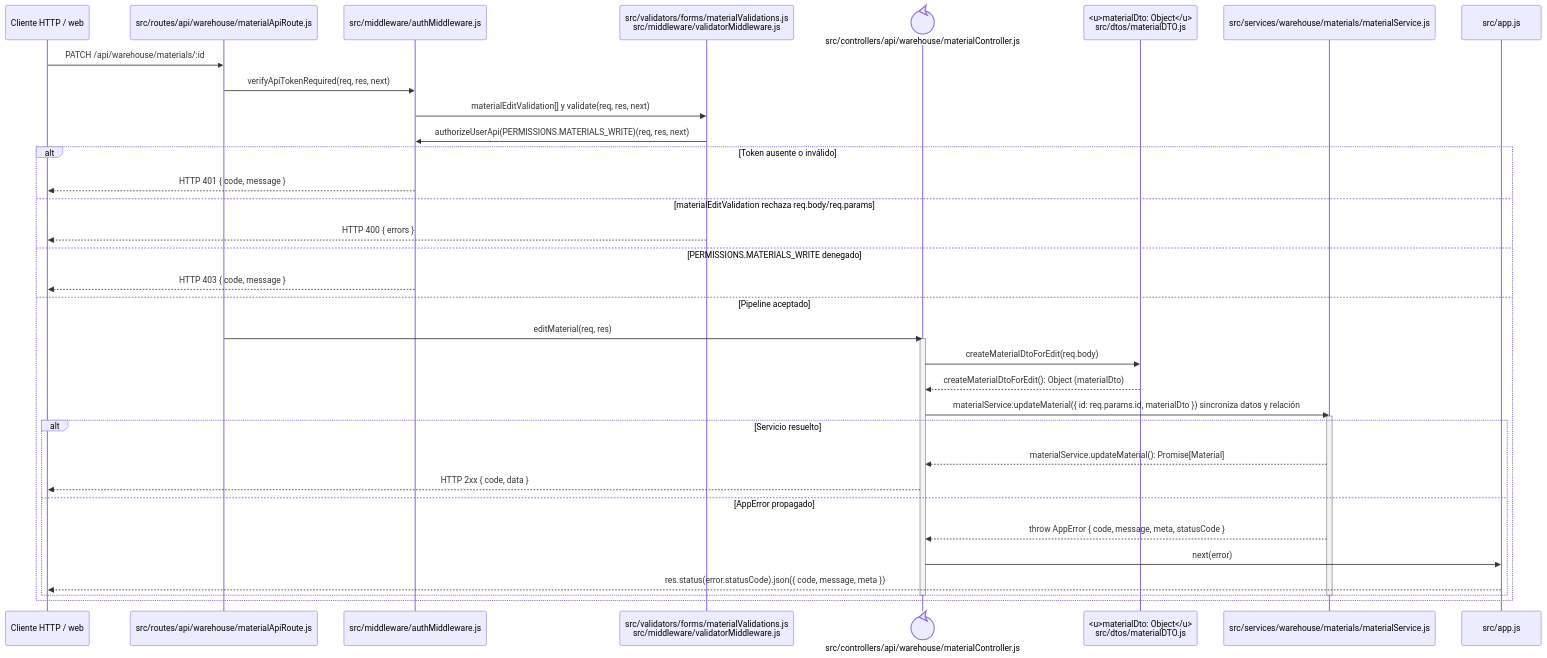
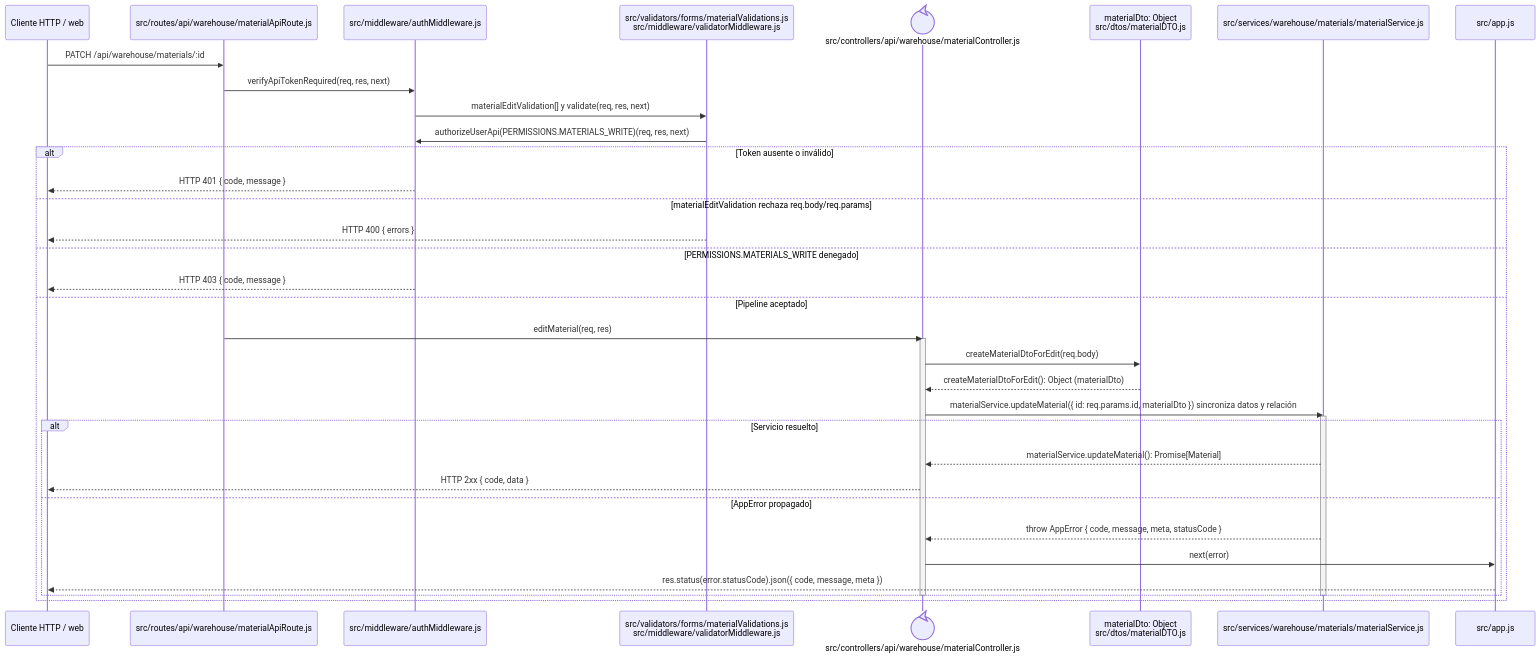
The diagram in docs/architecture/backend-code-sequences/catalogs/cu-alm-03.md (gpgsistemas01/nexus), drawn with Mermaid before and after one commit. The commit also changed 38 other files, not shown here.

````diff
--- a/docs/architecture/backend-code-sequences/catalogs/cu-alm-03.md
+++ b/docs/architecture/backend-code-sequences/catalogs/cu-alm-03.md
@@ -6,40 +6,40 @@
 ```mermaid
 sequenceDiagram
     participant Client as Cliente HTTP / web
     participant Route as src/routes/api/warehouse/materialApiRoute.js
     participant Auth as src/middleware/authMiddleware.js
     participant Validator as src/validators/forms/materialValidations.js<br/>src/middleware/validatorMiddleware.js
     participant Controller@{ "type": "control" } as src/controllers/api/warehouse/materialController.js
-    participant MaterialDto as <u>materialDto: Object</u><br/>src/dtos/materialDTO.js
+    participant MaterialDto as materialDto: Object<br/>src/dtos/materialDTO.js
     participant Domain as src/services/warehouse/materials/materialService.js
     participant ErrorHandler as src/app.js
 
     Client->>Route: PATCH /api/warehouse/materials/:id
     Route->>Auth: verifyApiTokenRequired(req, res, next)
     Auth->>Validator: materialEditValidation[] y validate(req, res, next)
     Validator->>Auth: authorizeUserApi(PERMISSIONS.MATERIALS_WRITE)(req, res, next)
     alt Token ausente o inválido
         Auth-->>Client: HTTP 401 { code, message }
     else materialEditValidation rechaza req.body/req.params
         Validator-->>Client: HTTP 400 { errors }
     else PERMISSIONS.MATERIALS_WRITE denegado
         Auth-->>Client: HTTP 403 { code, message }
     else Pipeline aceptado
         Route->>Controller: editMaterial(req, res)
         activate Controller
         Controller->>MaterialDto: createMaterialDtoForEdit(req.body)
         MaterialDto-->>Controller: createMaterialDtoForEdit(): Object (materialDto)
         Controller->>Domain: materialService.updateMaterial({ id: req.params.id, materialDto }) sincroniza datos y relación
         activate Domain
         alt Servicio resuelto
             Domain-->>Controller: materialService.updateMaterial(): Promise[Material]
             Controller-->>Client: HTTP 2xx { code, data }
         else AppError propagado
             Domain-->>Controller: throw AppError { code, message, meta, statusCode }
             Controller->>ErrorHandler: next(error)
             ErrorHandler-->>Client: res.status(error.statusCode).json({ code, message, meta })
         end
         deactivate Domain
         deactivate Controller
     end
 ```
````
